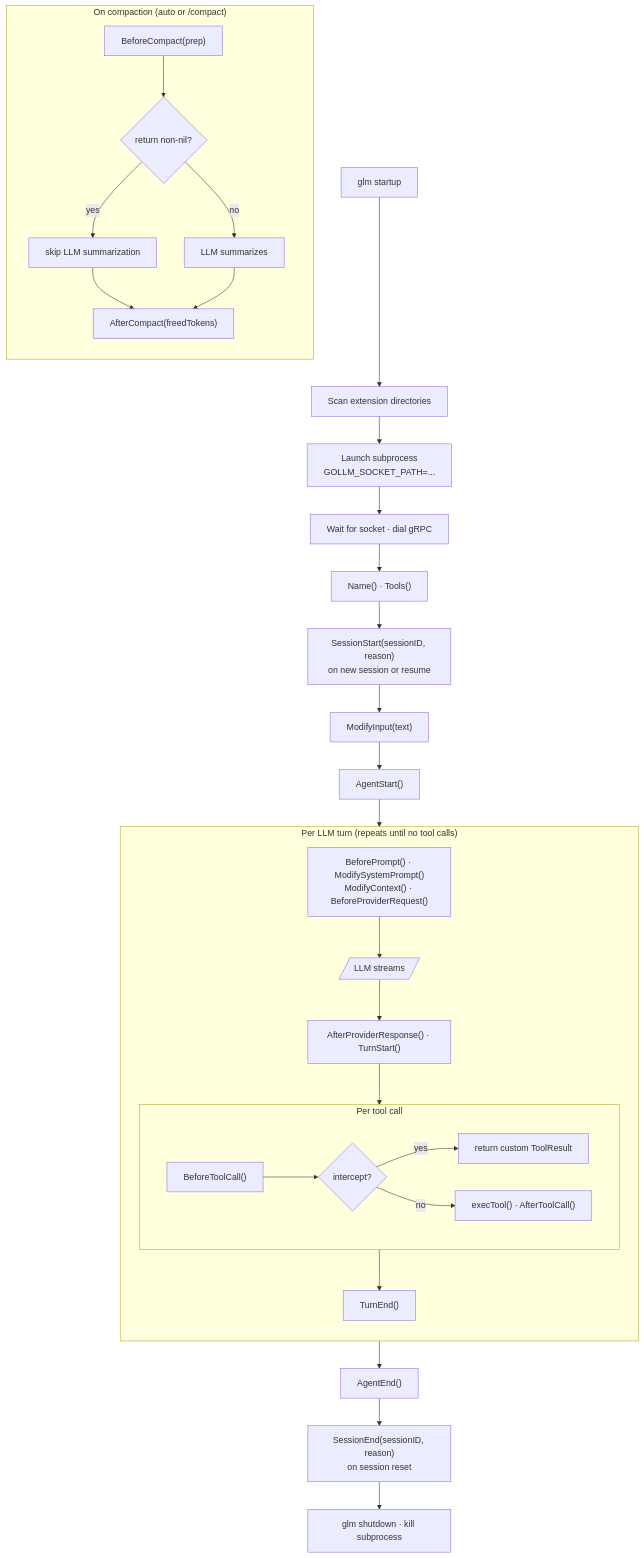
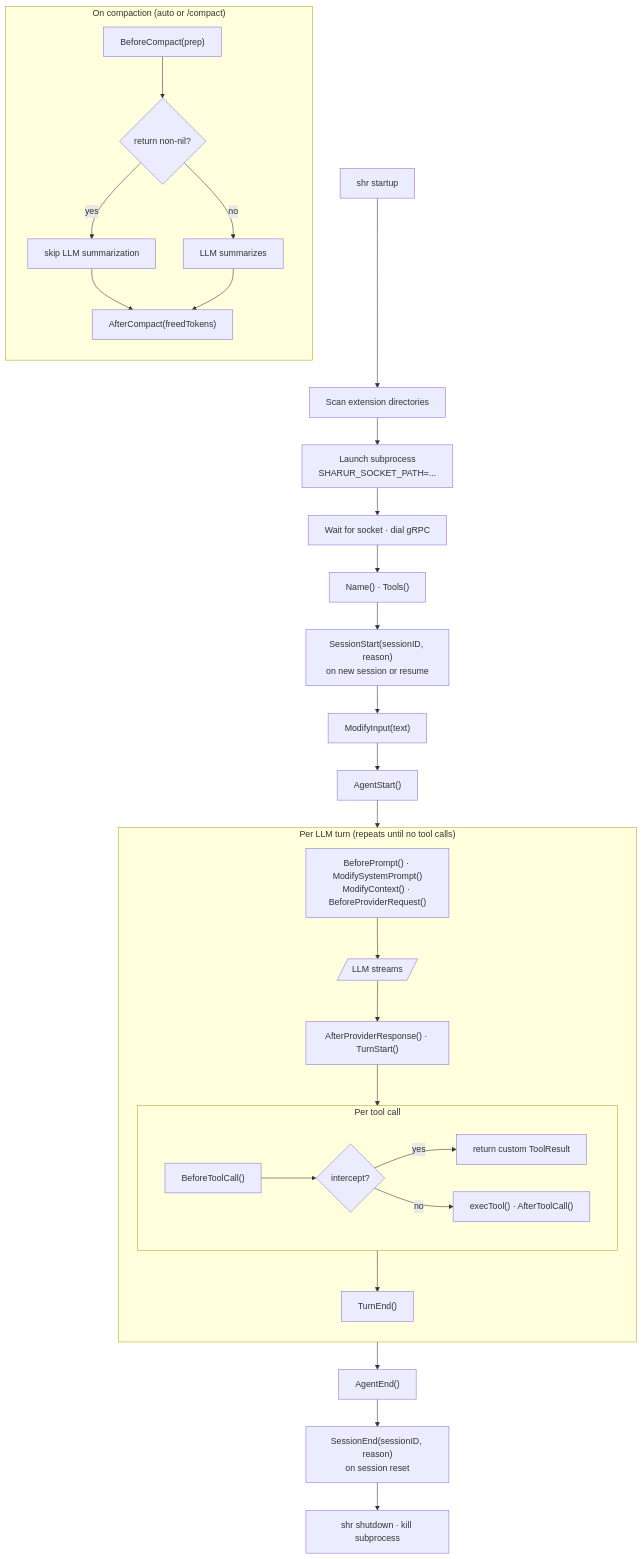
The diagram in docs/content/user/extensibility/extensions-go.md (goppydae/gollm), drawn with Mermaid before and after one commit. The commit also changed other lines of this file and 90 other files, not shown here.

Commit message:
refactor: Changed project name form gollm (glm) to sharur (shr).

````diff
--- a/docs/content/user/extensibility/extensions-go.md
+++ b/docs/content/user/extensibility/extensions-go.md
@@ -281,45 +281,45 @@
 ```mermaid
 flowchart TD
-    Start["glm startup"] --> Scan["Scan extension directories"]
+    Start["shr startup"] --> Scan["Scan extension directories"]
     Scan --> Launch["Launch subprocess
-GOLLM_SOCKET_PATH=..."]
+SHARUR_SOCKET_PATH=..."]
     Launch --> Socket["Wait for socket · dial gRPC"]
     Socket --> Init["Name() · Tools()"]
 
     Init --> SS["SessionStart(sessionID, reason)
 on new session or resume"]
 
     SS --> MI["ModifyInput(text)"]
     MI --> AS["AgentStart()"]
 
     subgraph turn ["Per LLM turn (repeats until no tool calls)"]
         direction TB
         T1["BeforePrompt() · ModifySystemPrompt()
 ModifyContext() · BeforeProviderRequest()"]
         T2[/"LLM streams"/]
         T3["AfterProviderResponse() · TurnStart()"]
         subgraph toolloop ["Per tool call"]
             BTC["BeforeToolCall()"] --> Intercept{"intercept?"}
             Intercept -->|yes| CustomResult["return custom ToolResult"]
             Intercept -->|no| Exec["execTool() · AfterToolCall()"]
         end
         TE["TurnEnd()"]
         T1 --> T2 --> T3 --> toolloop --> TE
     end
 
     AS --> turn
     turn --> AE["AgentEnd()"]
 
     subgraph compact ["On compaction (auto or /compact)"]
         direction TB
         BC["BeforeCompact(prep)"] --> CustomSummary{"return non-nil?"}
         CustomSummary -->|yes| SkipLLM["skip LLM summarization"]
         CustomSummary -->|no| LLMSum["LLM summarizes"]
         SkipLLM --> AC["AfterCompact(freedTokens)"]
         LLMSum --> AC
     end
 
     AE --> SE["SessionEnd(sessionID, reason)
 on session reset"]
-    SE --> Shutdown["glm shutdown · kill subprocess"]
+    SE --> Shutdown["shr shutdown · kill subprocess"]
 ```
````
